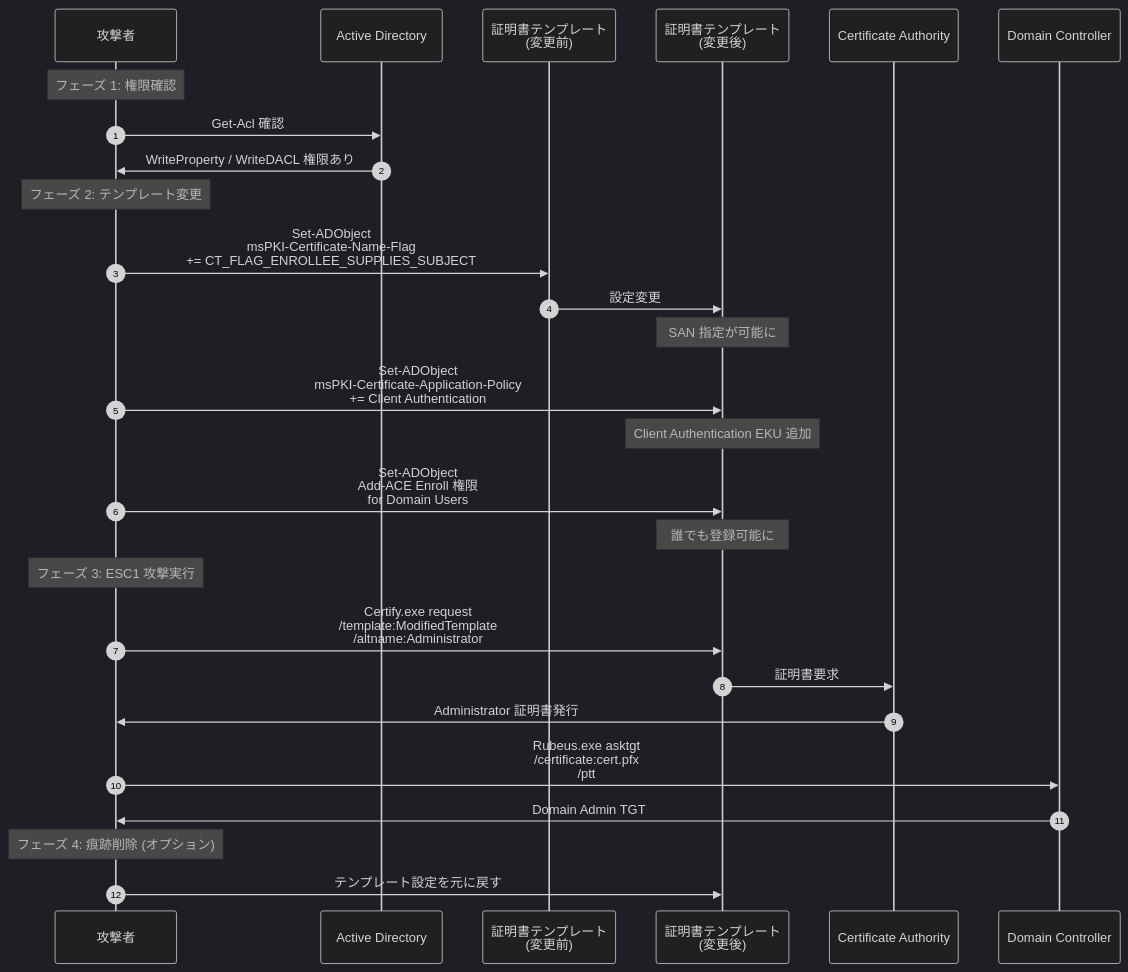
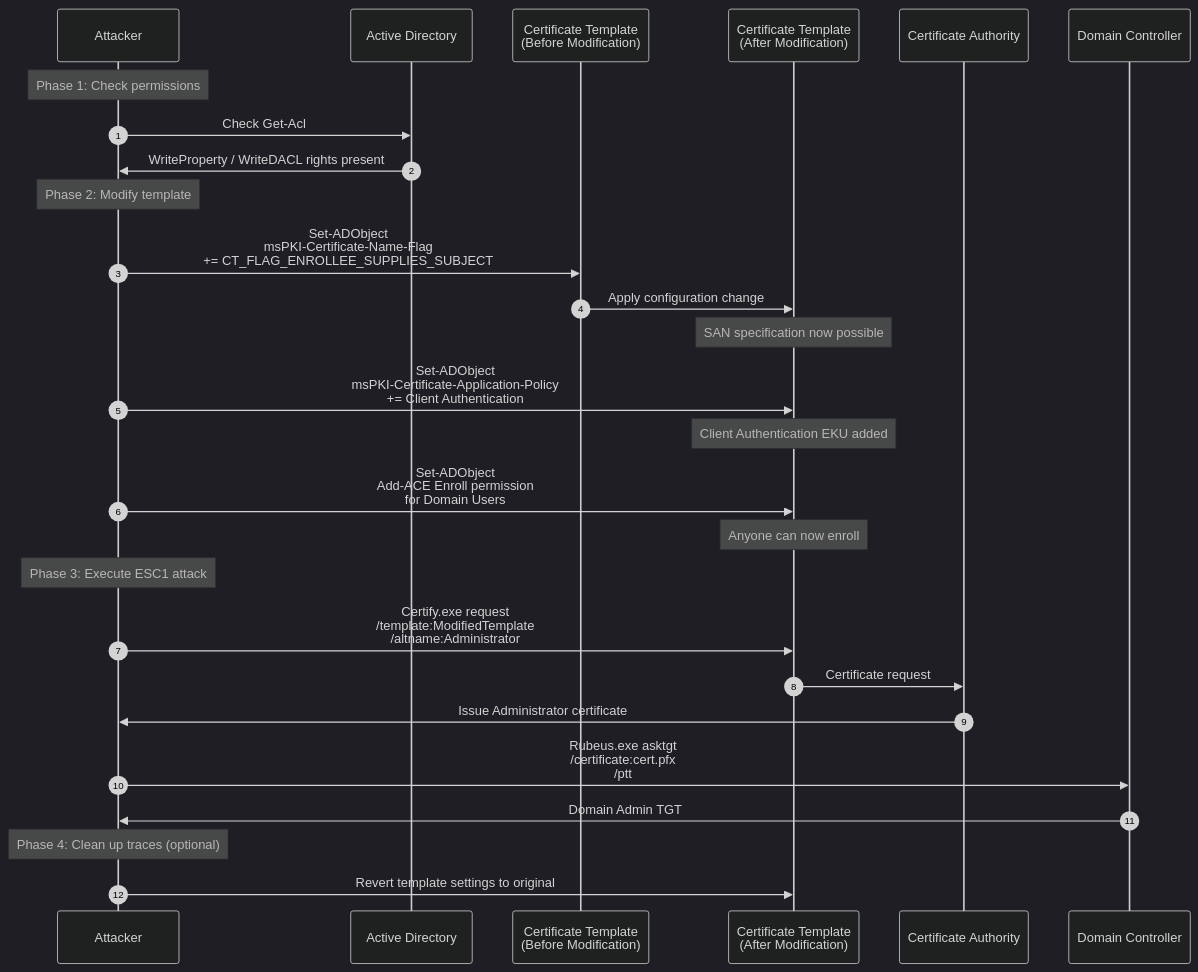
Before and after one commit to morimori-dev/morimori-dev.github.io: the fourth of 17 diagrams in _posts/2026-03-03-tech-adcs-esc-attack-guide.md, drawn with Mermaid (dark theme). The commit also changed other lines of this file and 1 other file, not shown here.

````diff
--- a/_posts/2026-03-03-tech-adcs-esc-attack-guide.md
+++ b/_posts/2026-03-03-tech-adcs-esc-attack-guide.md
@@ -325,44 +326,44 @@
 ```mermaid
 sequenceDiagram
     autonumber
-    participant A as 攻撃者
+    participant A as Attacker
     participant AD as Active Directory
-    participant T as 証明書テンプレート<br/>(変更前)
-    participant T2 as 証明書テンプレート<br/>(変更後)
+    participant T as Certificate Template<br/>(Before Modification)
+    participant T2 as Certificate Template<br/>(After Modification)
     participant CA as Certificate Authority
     participant DC as Domain Controller
-    
-    Note over A: フェーズ 1: 権限確認
-    
-    A->>AD: Get-Acl 確認
-    AD->>A: WriteProperty / WriteDACL 権限あり
-    
-    Note over A: フェーズ 2: テンプレート変更
-    
+
+    Note over A: Phase 1: Check permissions
+
+    A->>AD: Check Get-Acl
+    AD->>A: WriteProperty / WriteDACL rights present
+
+    Note over A: Phase 2: Modify template
+
     A->>T: Set-ADObject<br/>msPKI-Certificate-Name-Flag<br/>+= CT_FLAG_ENROLLEE_SUPPLIES_SUBJECT
-    
-    T->>T2: 設定変更
-    Note over T2: SAN 指定が可能に
-    
+
+    T->>T2: Apply configuration change
+    Note over T2: SAN specification now possible
+
     A->>T2: Set-ADObject<br/>msPKI-Certificate-Application-Policy<br/>+= Client Authentication
-    
-    Note over T2: Client Authentication EKU 追加
-    
-    A->>T2: Set-ADObject<br/>Add-ACE Enroll 権限<br/>for Domain Users
-    
-    Note over T2: 誰でも登録可能に
-    
-    Note over A: フェーズ 3: ESC1 攻撃実行
-    
+
+    Note over T2: Client Authentication EKU added
+
+    A->>T2: Set-ADObject<br/>Add-ACE Enroll permission<br/>for Domain Users
+
+    Note over T2: Anyone can now enroll
+
+    Note over A: Phase 3: Execute ESC1 attack
+
     A->>T2: Certify.exe request<br/>/template:ModifiedTemplate<br/>/altname:Administrator
-    
-    T2->>CA: 証明書要求
-    CA->>A: Administrator 証明書発行
-    
+
+    T2->>CA: Certificate request
+    CA->>A: Issue Administrator certificate
+
     A->>DC: Rubeus.exe asktgt<br/>/certificate:cert.pfx<br/>/ptt
     DC->>A: Domain Admin TGT
-    
-    Note over A: フェーズ 4: 痕跡削除 (オプション)
-    
-    A->>T2: テンプレート設定を元に戻す
+
+    Note over A: Phase 4: Clean up traces (optional)
+
+    A->>T2: Revert template settings to original
 ```
````
